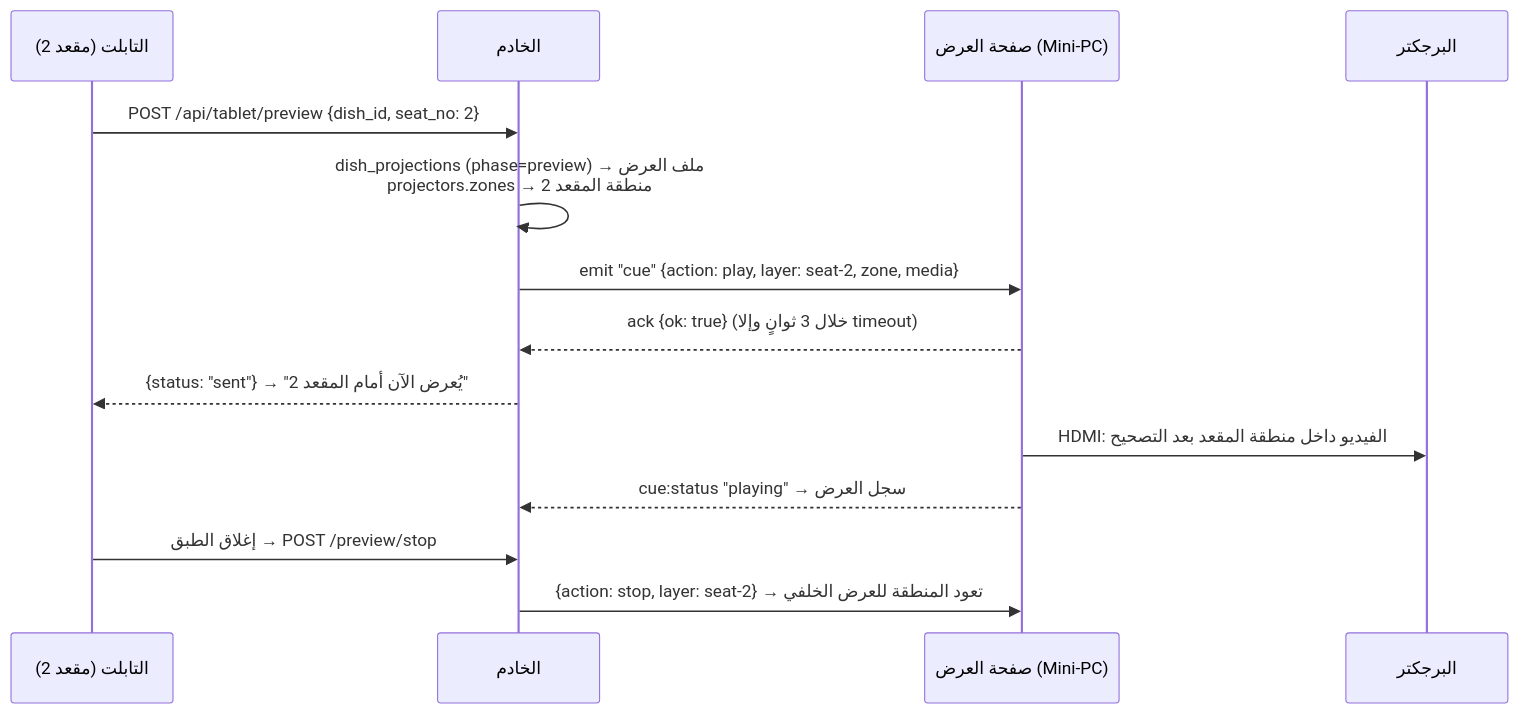
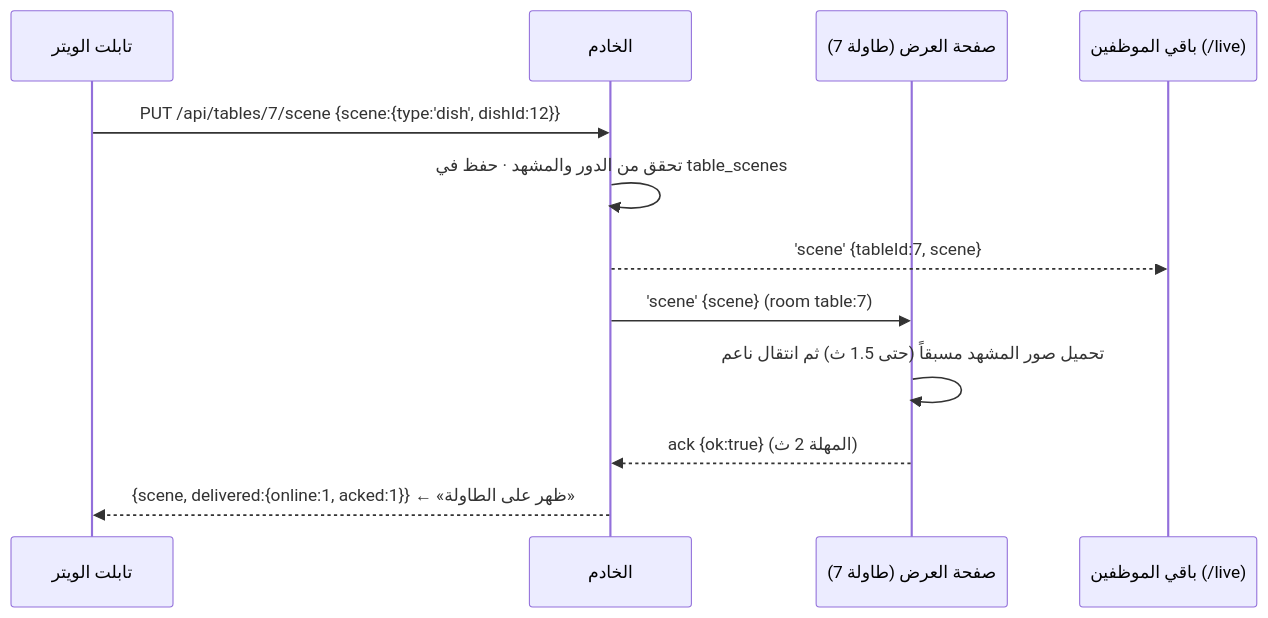
The second of 3 diagrams in projection-menu/README.md (Husam858e/Alshams), drawn with Mermaid before and after one commit. The commit also changed other lines of this file and 35 other files, not shown here.

````diff
--- a/projection-menu/README.md
+++ b/projection-menu/README.md
@@ -49,16 +315,14 @@
 ```mermaid
 sequenceDiagram
-  participant T as التابلت (مقعد 2)
+  participant W as تابلت الويتر
   participant S as الخادم
-  participant P as صفحة العرض (Mini-PC)
-  participant J as البرجكتر
-  T->>S: POST /api/tablet/preview {dish_id, seat_no: 2}
-  S->>S: dish_projections (phase=preview) → ملف العرض<br/>projectors.zones → منطقة المقعد 2
-  S->>P: emit "cue" {action: play, layer: seat-2, zone, media}
-  P-->>S: ack {ok: true}  (خلال 3 ثوانٍ وإلا timeout)
-  S-->>T: {status: "sent"} → "يُعرض الآن أمام المقعد 2"
-  P->>J: HDMI: الفيديو داخل منطقة المقعد بعد التصحيح
-  P-->>S: cue:status "playing" → سجل العرض
-  T->>S: إغلاق الطبق → POST /preview/stop
-  S->>P: {action: stop, layer: seat-2} → تعود المنطقة للعرض الخلفي
+  participant P as صفحة العرض (طاولة 7)
+  participant L as باقي الموظفين (/live)
+  W->>S: PUT /api/tables/7/scene {scene:{type:'dish', dishId:12}}
+  S->>S: تحقق من الدور والمشهد · حفظ في table_scenes
+  S-->>L: 'scene' {tableId:7, scene}
+  S->>P: 'scene' {scene} (room table:7)
+  P->>P: تحميل صور المشهد مسبقاً (حتى 1.5 ث) ثم انتقال ناعم
+  P-->>S: ack {ok:true} (المهلة 2 ث)
+  S-->>W: {scene, delivered:{online:1, acked:1}} ← «ظهر على الطاولة»
 ```
````
